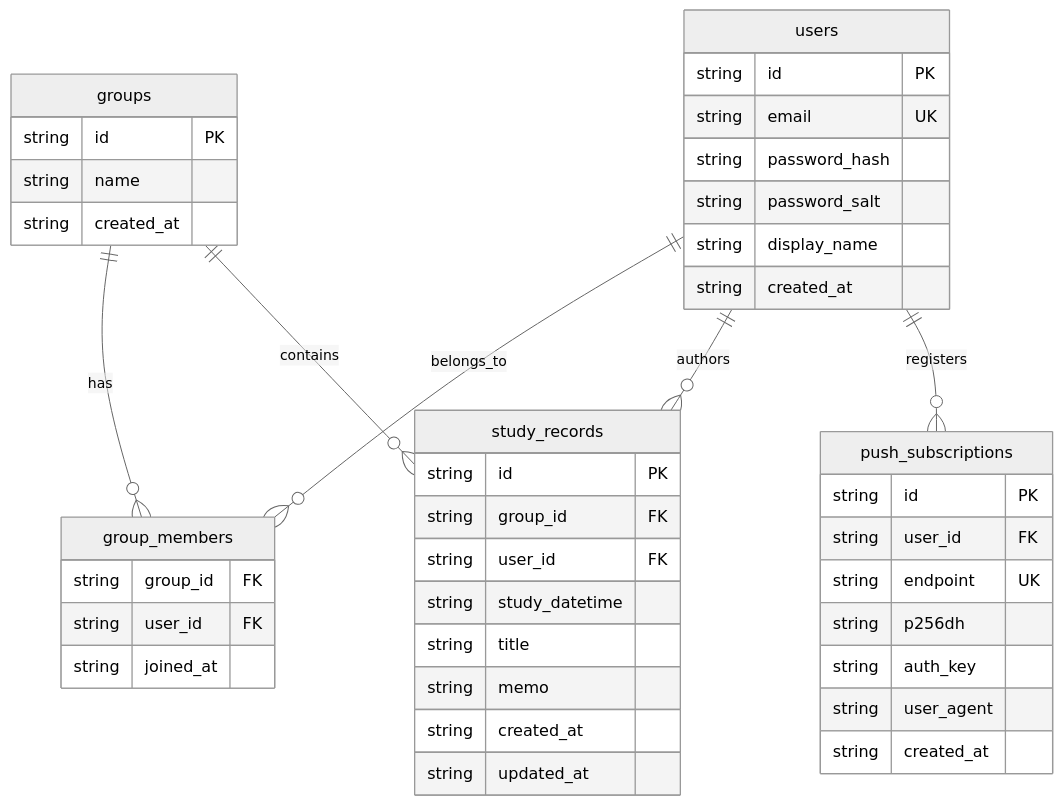
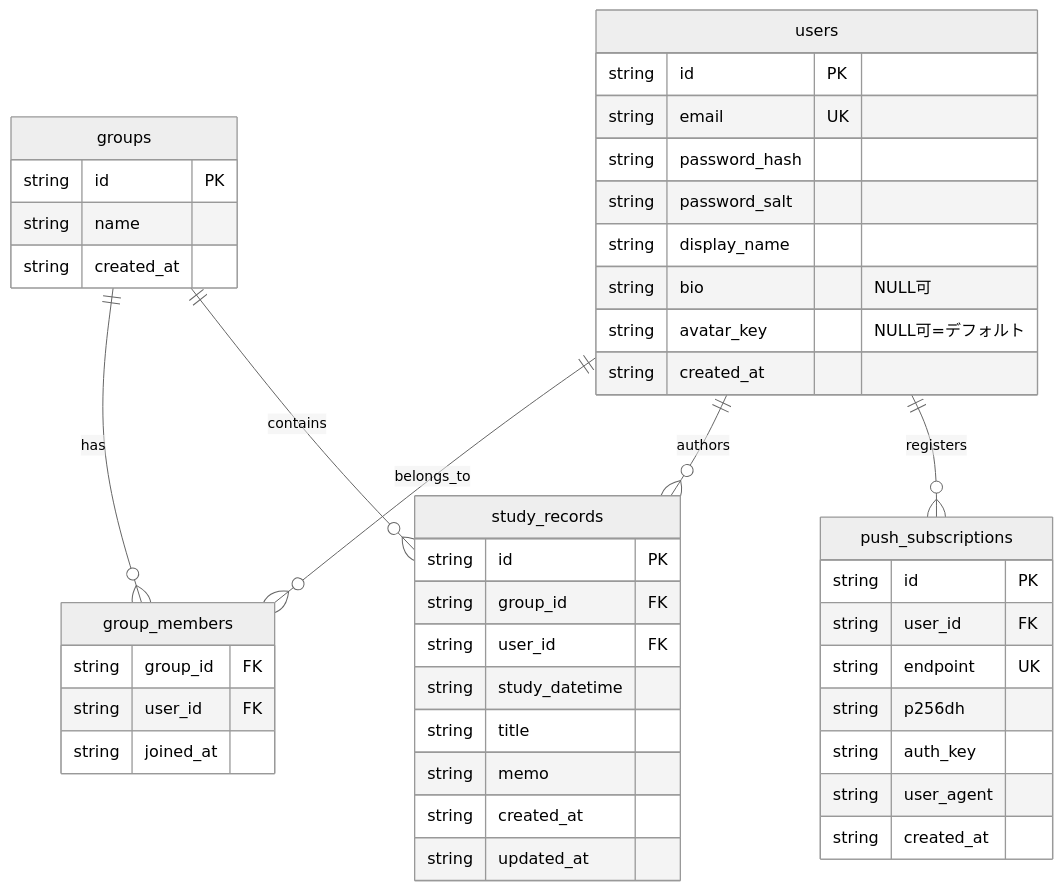
One commit to Hossori/shared-study-logger changed the diagram in docs/data-model.md. Above: the diagram before and after it, drawn with Mermaid (neutral theme). The commit also changed other lines of this file and 22 other files, not shown here.

````diff
--- a/docs/data-model.md
+++ b/docs/data-model.md
@@ -7,46 +8,48 @@
 ```mermaid
 erDiagram
   users ||--o{ group_members : belongs_to
   groups ||--o{ group_members : has
   groups ||--o{ study_records : contains
   users ||--o{ study_records : authors
   users ||--o{ push_subscriptions : registers
 
   users {
     string id PK
     string email UK
     string password_hash
     string password_salt
     string display_name
+    string bio "NULL可"
+    string avatar_key "NULL可=デフォルト"
     string created_at
   }
   groups {
     string id PK
     string name
     string created_at
   }
   group_members {
     string group_id FK
     string user_id FK
     string joined_at
   }
   study_records {
     string id PK
     string group_id FK
     string user_id FK
     string study_datetime
     string title
     string memo
     string created_at
     string updated_at
   }
   push_subscriptions {
     string id PK
     string user_id FK
     string endpoint UK
     string p256dh
     string auth_key
     string user_agent
     string created_at
   }
 ```
````
